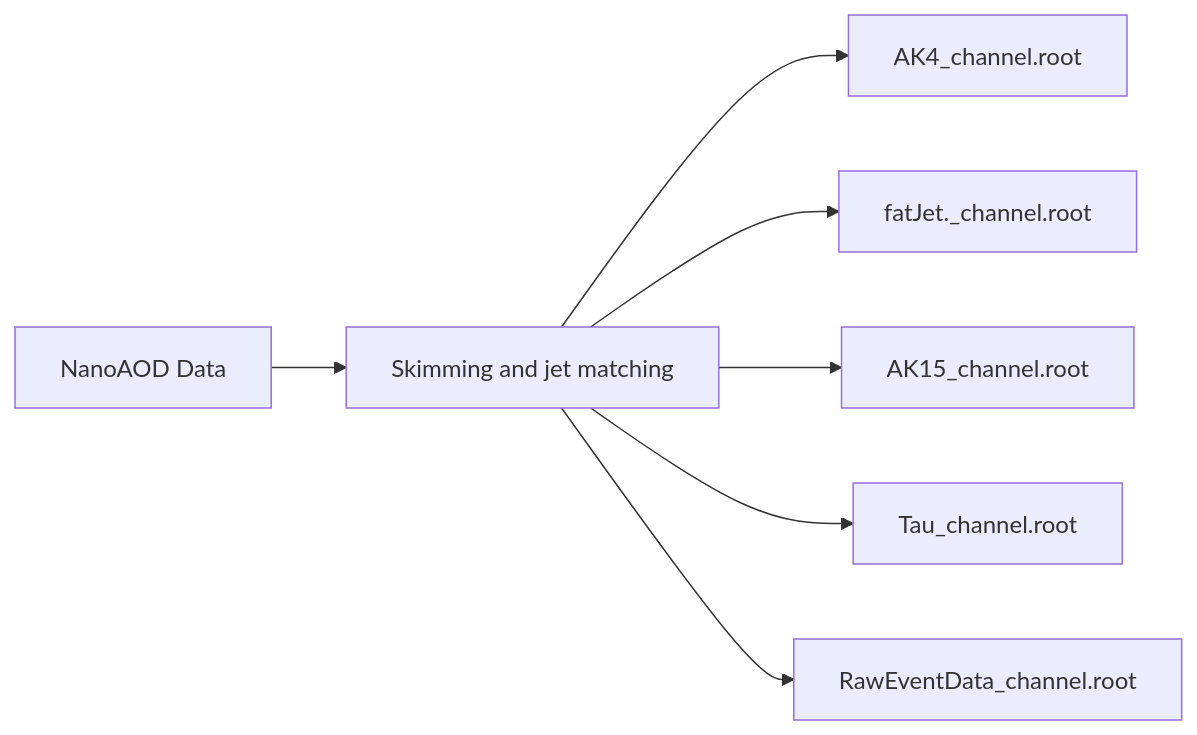
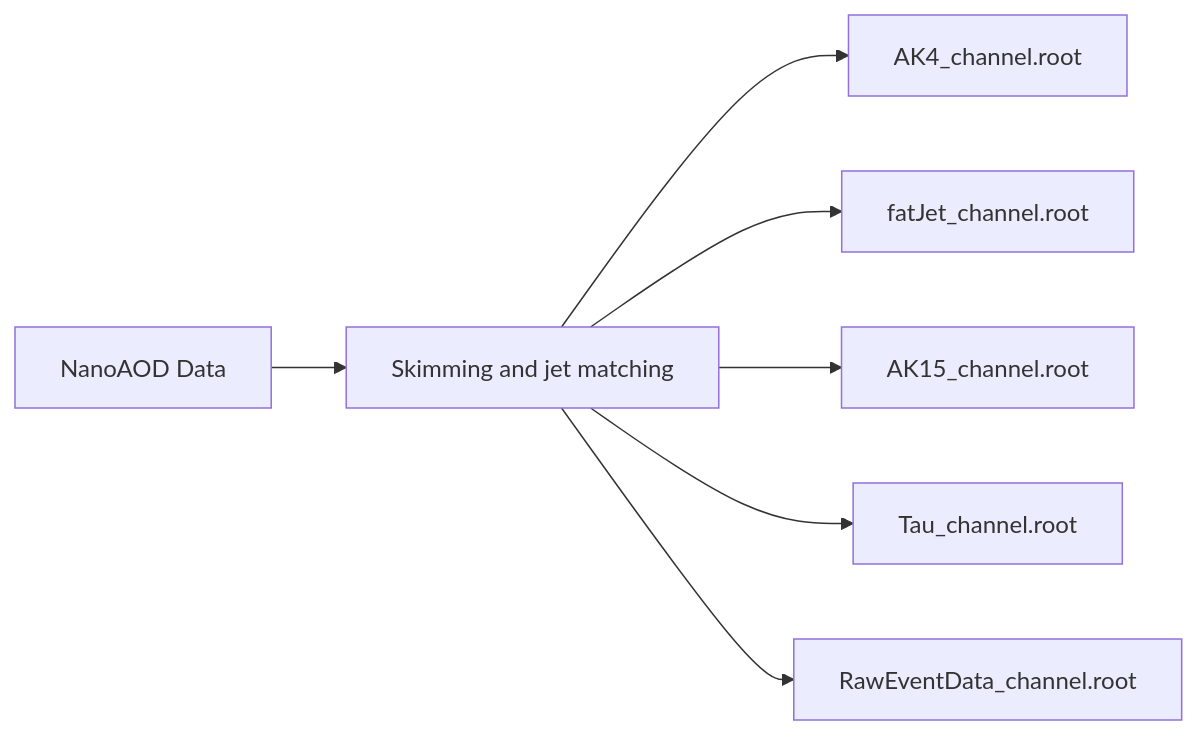
One commit to roinemilko/Htautau changed the diagram in data_workflow/README.md. Above: the diagram before and after it, drawn with Mermaid.

````diff
--- a/data_workflow/README.md
+++ b/data_workflow/README.md
@@ -3,9 +3,9 @@
 ```mermaid
 flowchart LR
 A[NanoAOD Data] --> B[Skimming and jet matching] 
 B-->C[AK4_channel.root]
-B-->D[fatJet._channel.root]
+B-->D[fatJet_channel.root]
 B-->E[AK15_channel.root ]
 B-->F[Tau_channel.root]
 B-->G[RawEventData_channel.root]
 ```
````
